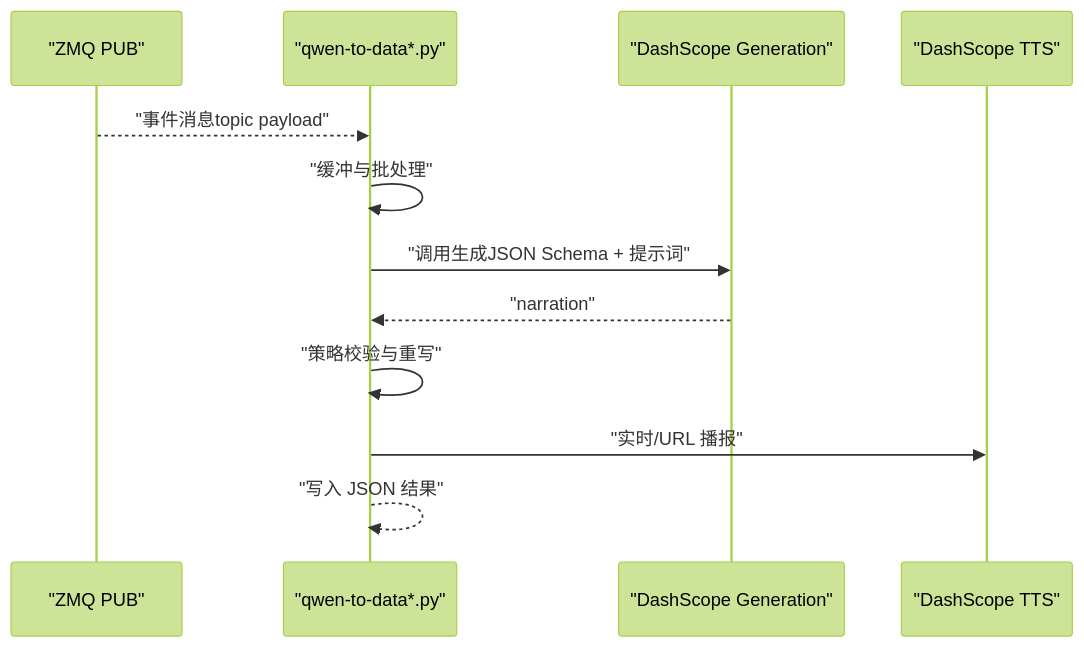
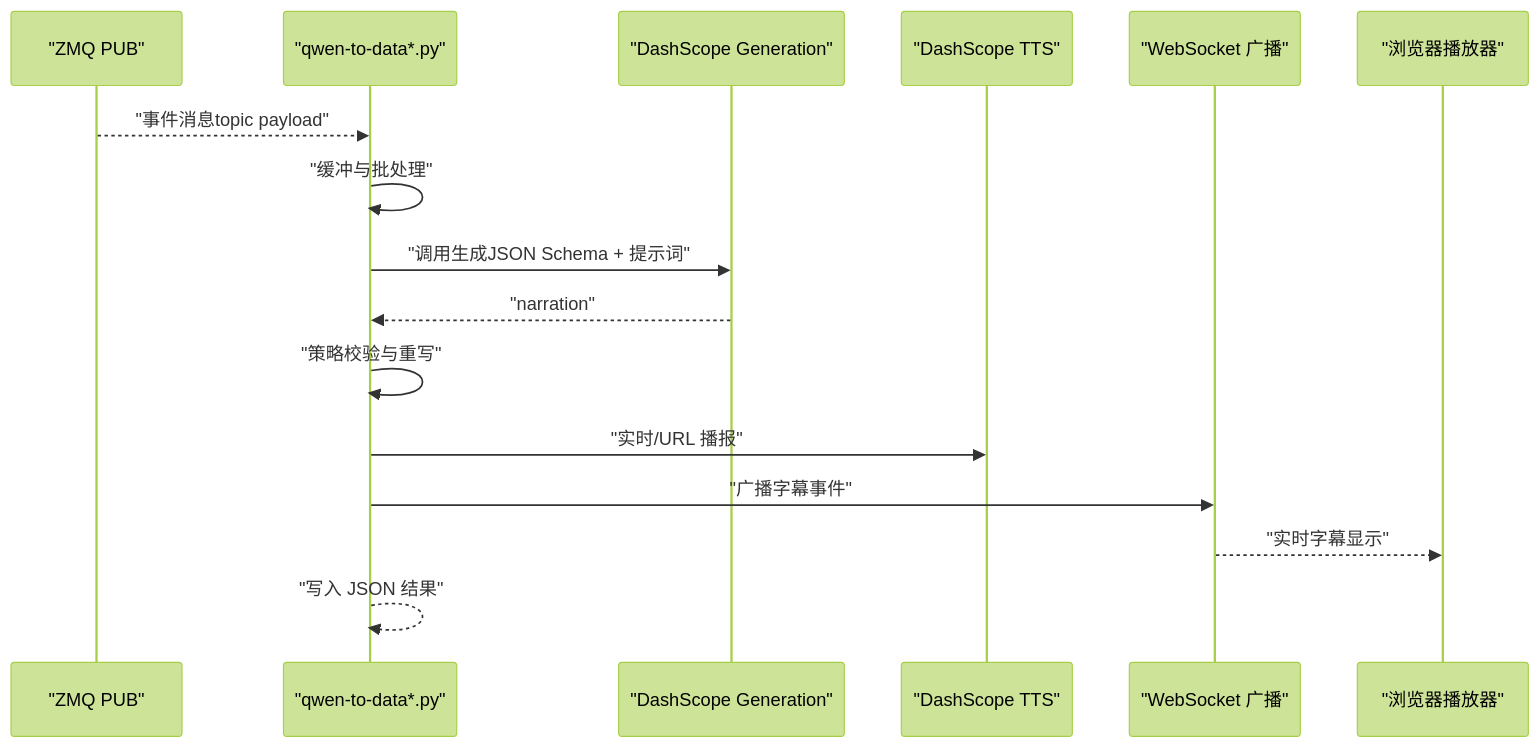
One commit to 1024dashen/Vue3Speech changed the seventh of 14 diagrams in .qoder/repowiki/zh/content/开发者指南/开发者指南.md. Above: the diagram before and after it, drawn with Mermaid (forest theme). The commit also changed other lines of this file and 17 other files, not shown here.

````diff
--- a/.qoder/repowiki/zh/content/开发者指南/开发者指南.md
+++ b/.qoder/repowiki/zh/content/开发者指南/开发者指南.md
@@ -348,14 +395,18 @@
 ```mermaid
 sequenceDiagram
 participant ZMQ as "ZMQ PUB"
 participant Proc as "qwen-to-data*.py"
 participant Model as "DashScope Generation"
 participant TTS as "DashScope TTS"
+participant WS as "WebSocket 广播"
+participant Browser as "浏览器播放器"
 ZMQ-->>Proc : "事件消息topic payload"
 Proc->>Proc : "缓冲与批处理"
 Proc->>Model : "调用生成JSON Schema + 提示词"
 Model-->>Proc : "narration"
 Proc->>Proc : "策略校验与重写"
 Proc->>TTS : "实时/URL 播报"
+Proc->>WS : "广播字幕事件"
+WS-->>Browser : "实时字幕显示"
 Proc-->>Proc : "写入 JSON 结果"
 ```
````
